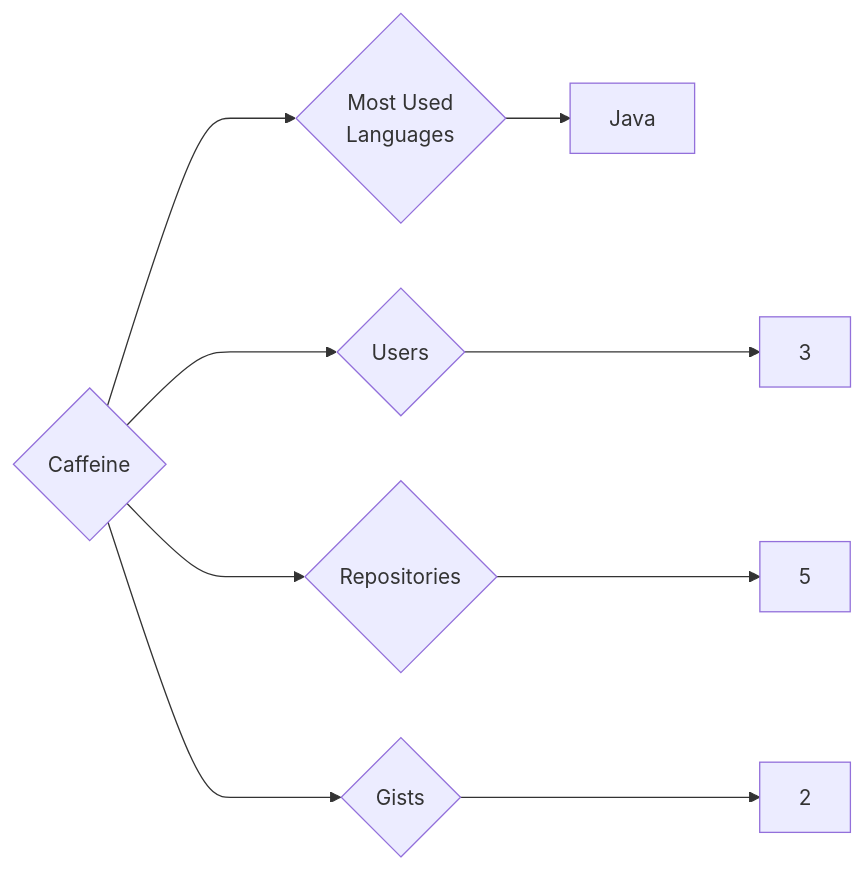
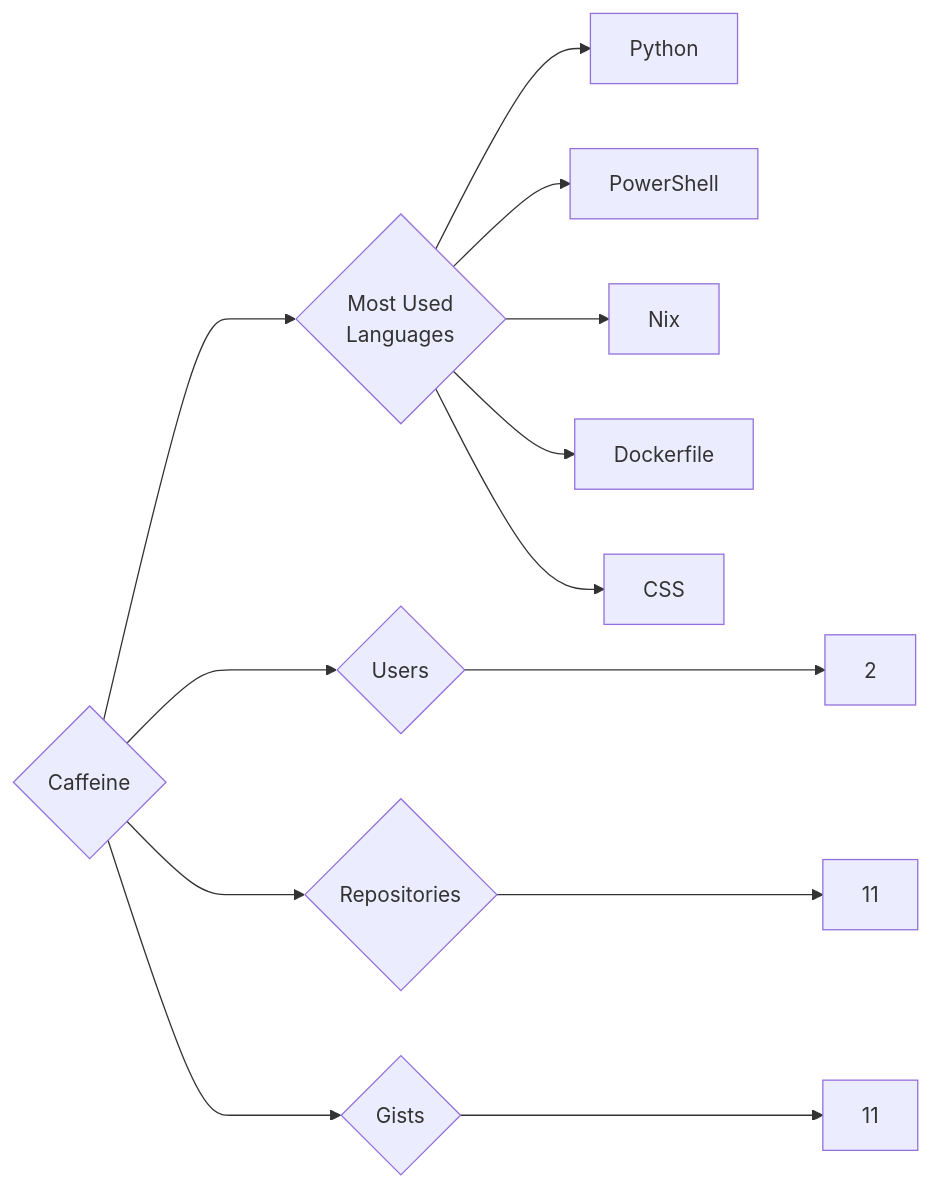
Before and after one commit to trickest/insiders: the diagram in targets/Caffeine/README.md, drawn with Mermaid. The commit also changed 776 other files, not shown here.

````diff
--- a/targets/Caffeine/README.md
+++ b/targets/Caffeine/README.md
@@ -3,9 +3,13 @@
 ```mermaid
 graph LR
 COMPANY_NAME{Caffeine}
-COMPANY_NAME ---> U{Users} ---> UN[3]
-COMPANY_NAME ---> R{Repositories} ---> RN[5]
-COMPANY_NAME ---> G{Gists} ---> GN[2]
+COMPANY_NAME ---> U{Users} ---> UN[2]
+COMPANY_NAME ---> R{Repositories} ---> RN[11]
+COMPANY_NAME ---> G{Gists} ---> GN[11]
 COMPANY_NAME ---> ML{Most Used<br>Languages}
-ML --> Java[Java]
+ML --> Python[Python]
+ML --> PowerShell[PowerShell]
+ML --> Nix[Nix]
+ML --> Dockerfile[Dockerfile]
+ML --> CSS[CSS]
 ```
````
